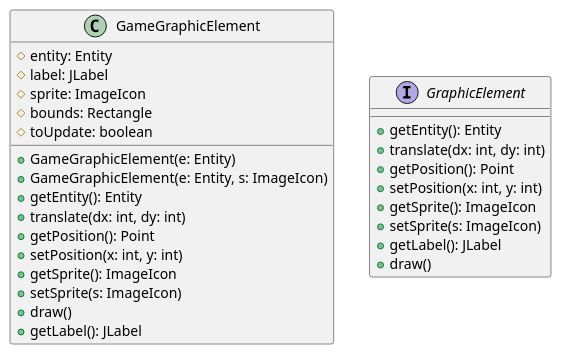
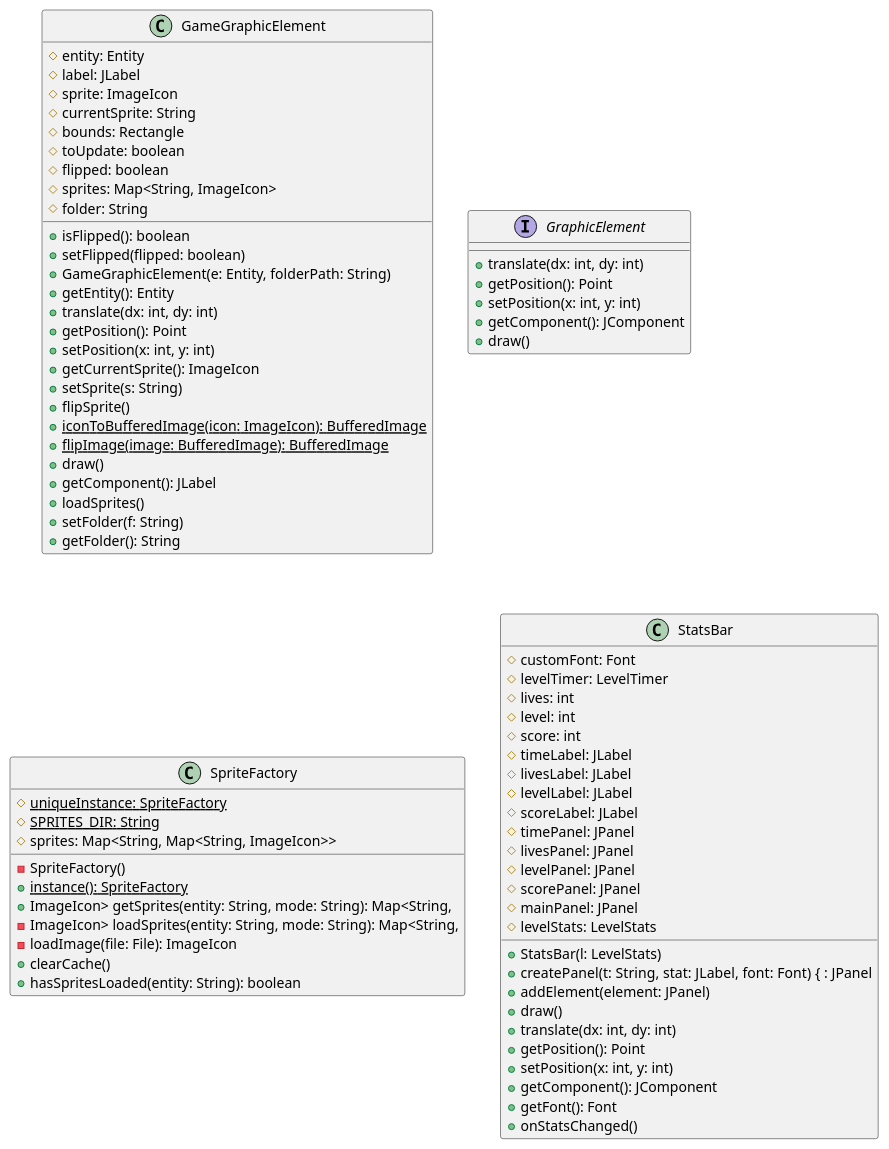
The diagram in Diagramas/diagramas/diagrama-extendido-graphics.puml (giuli635/SuperMarioBros), drawn with PlantUML before and after one commit. The commit also changed 5 other files, not shown here.

Commit message:
No llegamos a actualizar los diagramas

```diff
--- a/Diagramas/diagramas/diagrama-extendido-graphics.puml
+++ b/Diagramas/diagramas/diagrama-extendido-graphics.puml
@@ -1,31 +1,80 @@
 @startuml
 class GameGraphicElement {
    #entity: Entity
    #label: JLabel
    #sprite: ImageIcon
+   #currentSprite: String
    #bounds: Rectangle
    #toUpdate: boolean
-   +GameGraphicElement(e: Entity)
-   +GameGraphicElement(e: Entity, s: ImageIcon)
+   #flipped: boolean
+   +isFlipped(): boolean 
+   +setFlipped(flipped: boolean)
+   #sprites: Map<String, ImageIcon>
+   #folder: String
+   +GameGraphicElement(e: Entity, folderPath: String)
    +getEntity(): Entity 
    +translate(dx: int, dy: int)
    +getPosition(): Point 
    +setPosition(x: int, y: int)
-   +getSprite(): ImageIcon 
-   +setSprite(s: ImageIcon)
+   +getCurrentSprite(): ImageIcon 
+   +setSprite(s: String)
+   +flipSprite()
+   +{static}iconToBufferedImage(icon: ImageIcon): BufferedImage 
+   +{static}flipImage(image: BufferedImage): BufferedImage 
    +draw()
-   +getLabel(): JLabel 
+   +getComponent(): JLabel 
+   +loadSprites()
+   +setFolder(f: String)
+   +getFolder(): String 
 }
 
 interface GraphicElement {
-   +getEntity(): Entity 
    +translate(dx: int, dy: int)
    +getPosition(): Point 
    +setPosition(x: int, y: int)
-   +getSprite(): ImageIcon 
-   +setSprite(s: ImageIcon)
-   +getLabel(): JLabel 
+   +getComponent(): JComponent 
    +draw()
 }
 
+class SpriteFactory {
+   #{static} uniqueInstance: SpriteFactory
+   #{static} SPRITES_DIR: String
+   #sprites: Map<String, Map<String, ImageIcon>>
+   -SpriteFactory()
+   +{static}instance(): SpriteFactory 
+   +ImageIcon> getSprites(entity: String, mode: String): Map<String, 
+   -ImageIcon> loadSprites(entity: String, mode: String): Map<String, 
+   -loadImage(file: File): ImageIcon 
+   +clearCache()
+   +hasSpritesLoaded(entity: String): boolean 
+}
+
+class StatsBar {
+   #customFont: Font
+   #levelTimer: LevelTimer
+   #lives: int
+   #level: int
+   #score: int
+   #timeLabel: JLabel
+   #livesLabel: JLabel
+   #levelLabel: JLabel
+   #scoreLabel: JLabel
+   #timePanel: JPanel
+   #livesPanel: JPanel
+   #levelPanel: JPanel
+   #scorePanel: JPanel
+   #mainPanel: JPanel
+   #levelStats: LevelStats
+   +StatsBar(l: LevelStats)
+   +createPanel(t: String, stat: JLabel,  font: Font) { : JPanel 
+   +addElement(element: JPanel)
+   +draw()
+   +translate(dx: int, dy: int)
+   +getPosition(): Point 
+   +setPosition(x: int, y: int)
+   +getComponent(): JComponent 
+   +getFont(): Font 
+   +onStatsChanged()
+}
+
 @enduml
```
